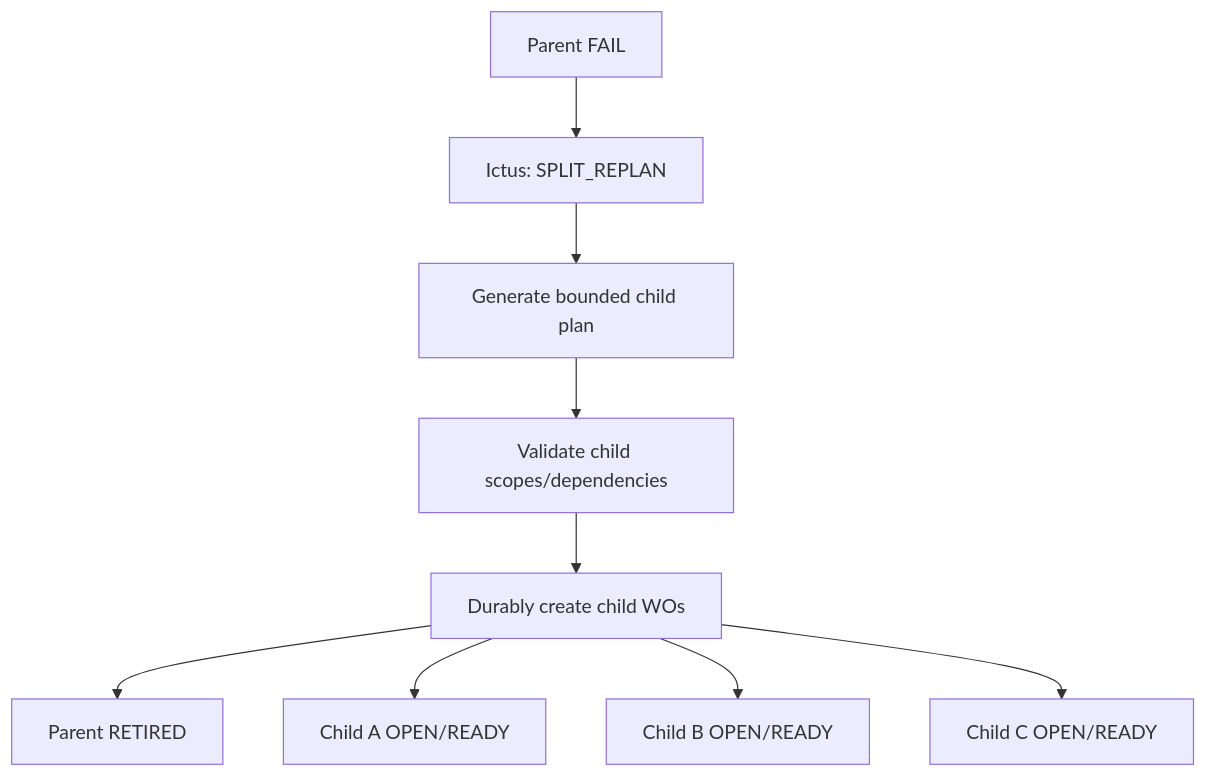
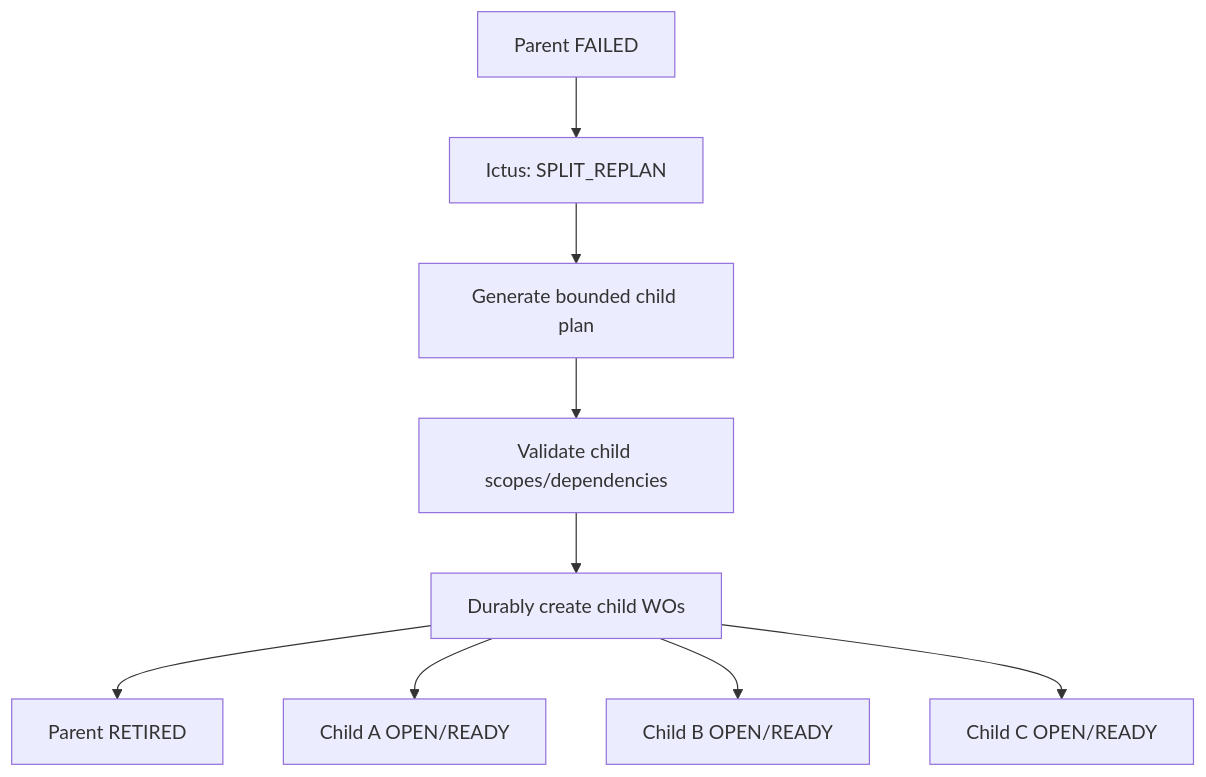
Before and after one commit to Walsamer/tactus: the second of 2 diagrams in docs/architecture/TRIAGE_AND_RECOVERY.md, drawn with Mermaid. The commit also changed other lines of this file and 8 other files, not shown here.

First line of the commit message:
Document Tactus architecture and initial roadmap

````diff
--- a/docs/architecture/TRIAGE_AND_RECOVERY.md
+++ b/docs/architecture/TRIAGE_AND_RECOVERY.md
@@ -134,11 +136,11 @@
 ```mermaid
 flowchart TD
-    P[Parent FAIL] --> D[Ictus: SPLIT_REPLAN]
+    P[Parent FAILED] --> D[Ictus: SPLIT_REPLAN]
     D --> PLAN[Generate bounded child plan]
     PLAN --> VALIDATE[Validate child scopes/dependencies]
     VALIDATE --> CREATE[Durably create child WOs]
     CREATE --> RETIRE[Parent RETIRED]
     CREATE --> A[Child A OPEN/READY]
     CREATE --> B[Child B OPEN/READY]
     CREATE --> C[Child C OPEN/READY]
 ```
````
